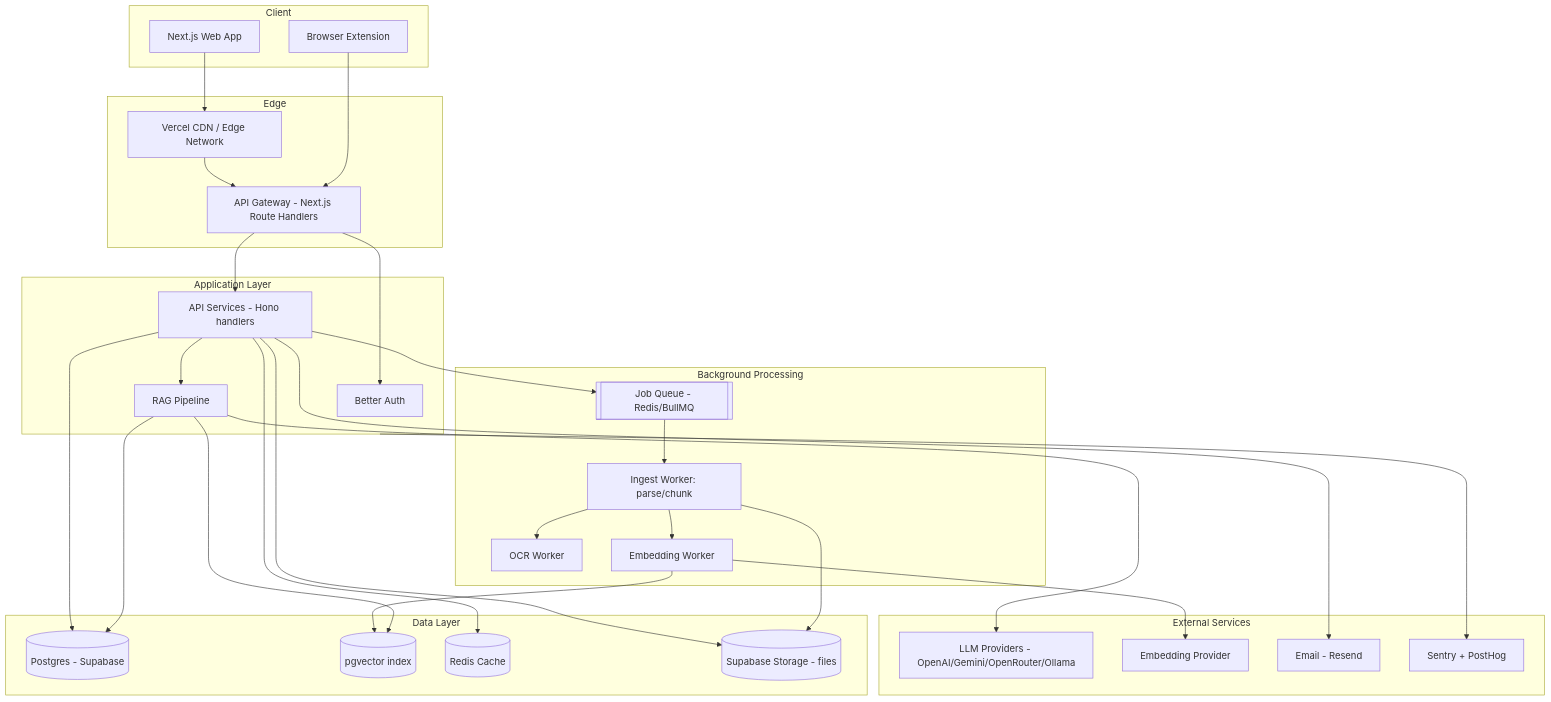
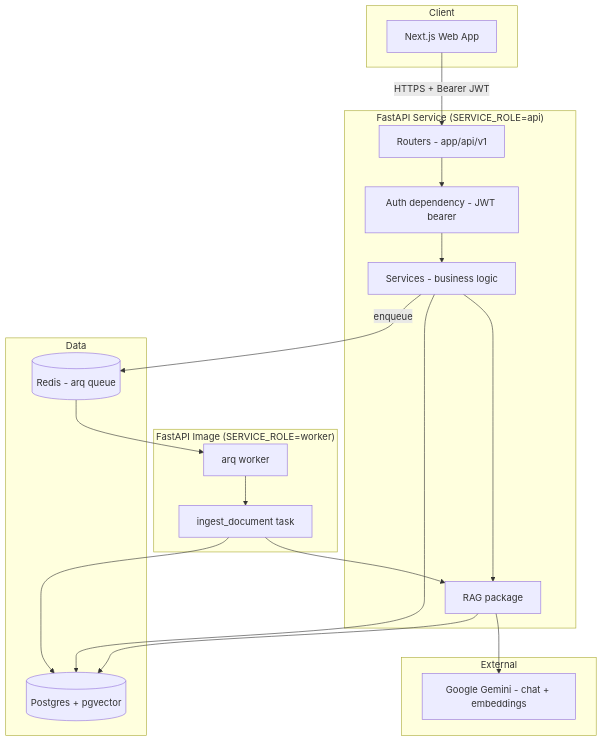
Before and after one commit to dooddles07/Cortex-Vault: the first of 3 diagrams in docs/ARCHITECTURE.md, drawn with Mermaid. The commit also changed other lines of this file and 10 other files, not shown here.

Commit message:
docs: rewrite architecture and add full docs set; test: local dev compose and smoke tests

````diff
--- a/docs/ARCHITECTURE.md
+++ b/docs/ARCHITECTURE.md
@@ -16,59 +18,38 @@
 ```mermaid
 flowchart TB
     subgraph Client
         Web[Next.js Web App]
-        Ext[Browser Extension]
     end
 
-    subgraph Edge
-        CDN[Vercel CDN / Edge Network]
-        GW[API Gateway - Next.js Route Handlers]
+    subgraph API["FastAPI Service (SERVICE_ROLE=api)"]
+        Routers[Routers - app/api/v1]
+        Deps[Auth dependency - JWT bearer]
+        Services[Services - business logic]
+        RAG[RAG package]
     end
 
-    subgraph App["Application Layer"]
-        Auth[Better Auth]
-        API[API Services - Hono handlers]
-        RAG[RAG Pipeline]
+    subgraph Worker["FastAPI Image (SERVICE_ROLE=worker)"]
+        Arq[arq worker]
+        Ingest[ingest_document task]
     end
 
-    subgraph Data["Data Layer"]
-        PG[(Postgres - Supabase)]
-        VEC[(pgvector index)]
-        Cache[(Redis Cache)]
-        Store[(Supabase Storage - files)]
+    subgraph Data
+        PG[(Postgres + pgvector)]
+        Redis[(Redis - arq queue)]
     end
 
-    subgraph Async["Background Processing"]
-        Queue[[Job Queue - Redis/BullMQ]]
-        WorkIngest[Ingest Worker: parse/chunk]
-        WorkOCR[OCR Worker]
-        WorkEmbed[Embedding Worker]
+    subgraph External
+        Gemini[Google Gemini - chat + embeddings]
     end
 
-    subgraph External["External Services"]
-        LLM[LLM Providers - OpenAI/Gemini/OpenRouter/Ollama]
-        Embed[Embedding Provider]
-        Mail[Email - Resend]
-        Mon[Sentry + PostHog]
-    end
-
-    Web --> CDN --> GW
-    Ext --> GW
-    GW --> Auth
-    GW --> API
-    API --> RAG
-    API --> PG
-    API --> Cache
-    API --> Store
-    API --> Queue
-    Queue --> WorkIngest --> Store
-    WorkIngest --> WorkOCR
-    WorkIngest --> WorkEmbed
-    WorkEmbed --> Embed
-    WorkEmbed --> VEC
-    RAG --> VEC
+    Web -->|HTTPS + Bearer JWT| Routers
+    Routers --> Deps --> Services
+    Services --> RAG
+    Services --> PG
+    Services -->|enqueue| Redis
+    Redis --> Arq --> Ingest
+    Ingest --> RAG
+    Ingest --> PG
+    RAG --> Gemini
     RAG --> PG
-    RAG --> LLM
-    API --> Mail
-    App --> Mon
 ```
````
